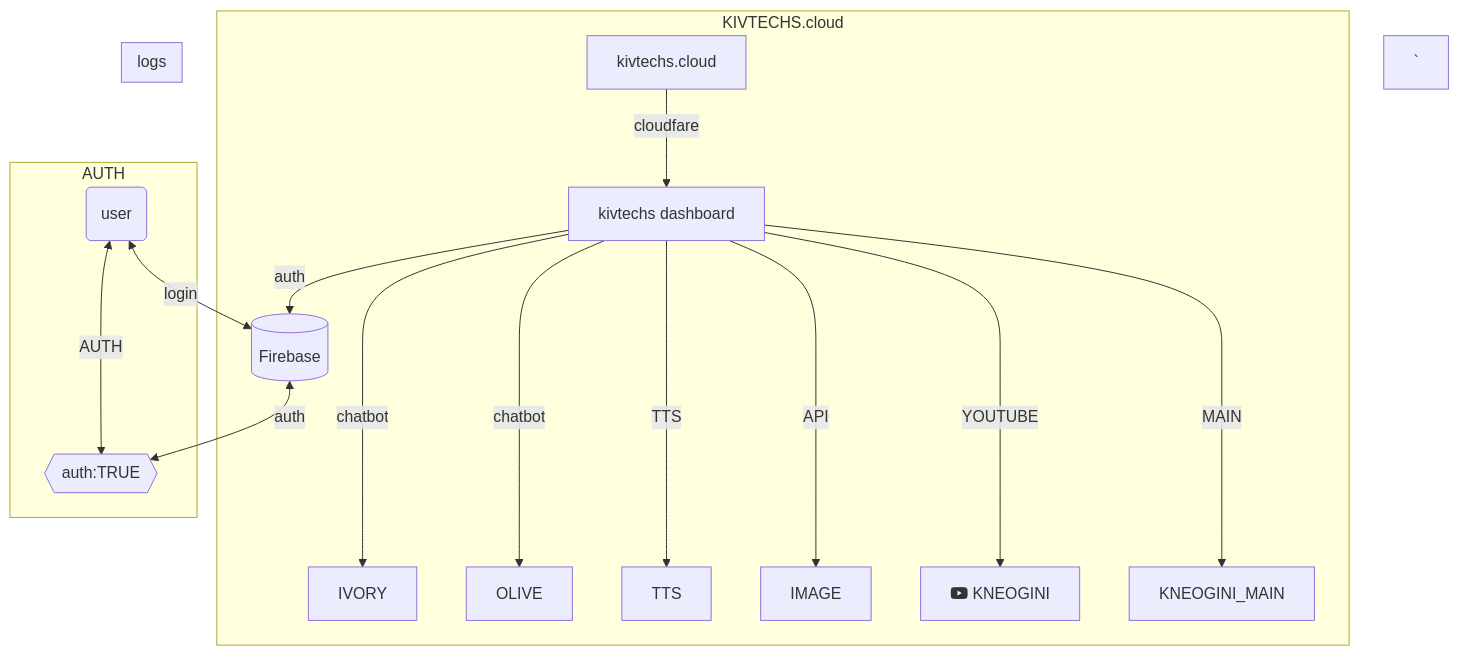
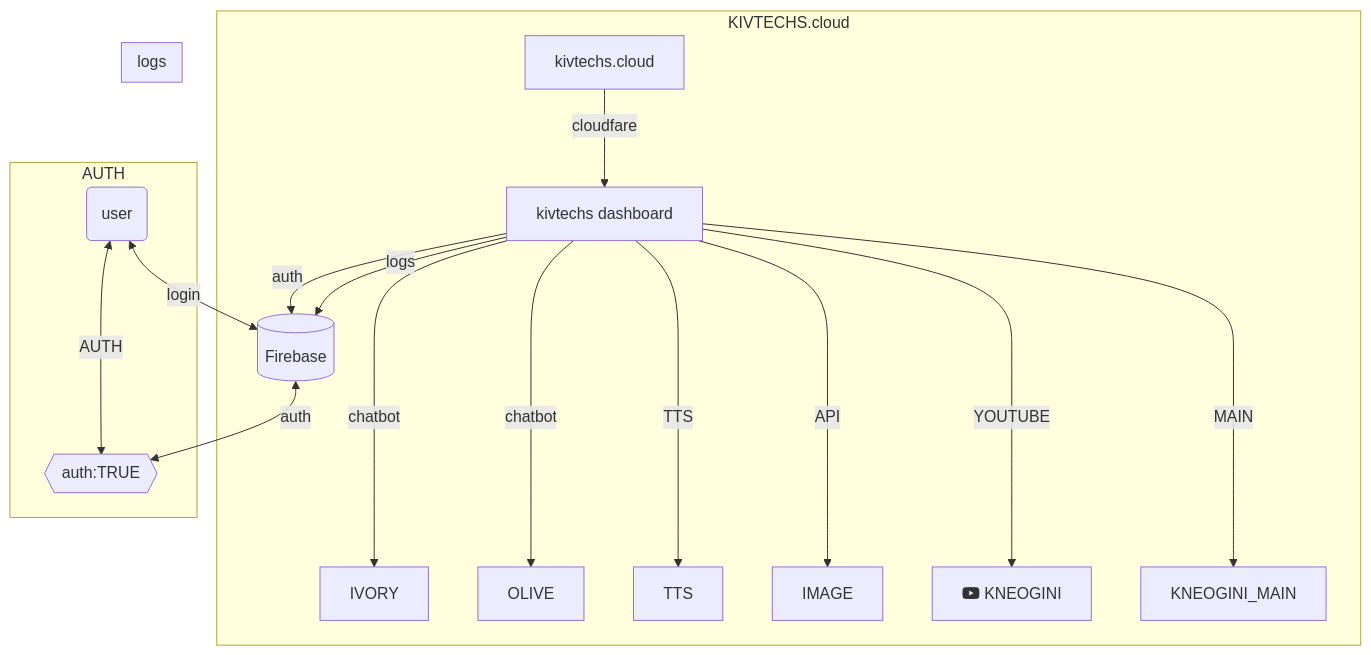
The diagram in README.md (kivtechs-uml/kivtechs-uml), drawn with Mermaid before and after one commit.

````diff
--- a/README.md
+++ b/README.md
@@ -6,28 +6,28 @@
 ```mermaid
 flowchart TD
     subgraph KIVTECHS.cloud
     A[kivtechs.cloud] -->|cloudfare| B(kivtechs dashboard)
     B[kivtechs dashboard] ----> |chatbot| C1[IVORY]
     B[kivtechs dashboard] ----> |chatbot| C2[OLIVE]
     B[kivtechs dashboard] ----> |TTS| H[TTS]
     B[kivtechs dashboard] ----> |API| E[IMAGE]
     B[kivtechs dashboard] ----> |YOUTUBE| I[fab:fa-youtube KNEOGINI]
     B[kivtechs dashboard] ----> |MAIN| G[KNEOGINI_MAIN]
     B --auth-->D[(Firebase)]
     end
     subgraph AUTH
       A1(user) <-- login --> D[(Firebase)] <-- auth --> U{{ auth:TRUE }}
      A1  <-- AUTH --> U
      end
 subgraph logs
- D[(Firebase)]
+ B --logs --> D[(Firebase)]
 end
-`
+
   
     
 
 
 
 
 
 ```
````
